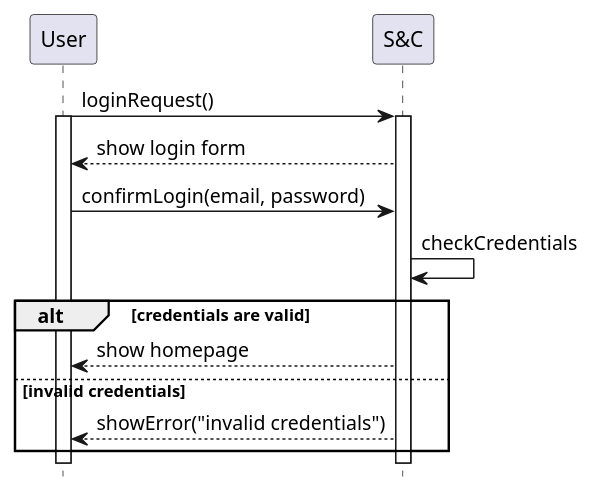
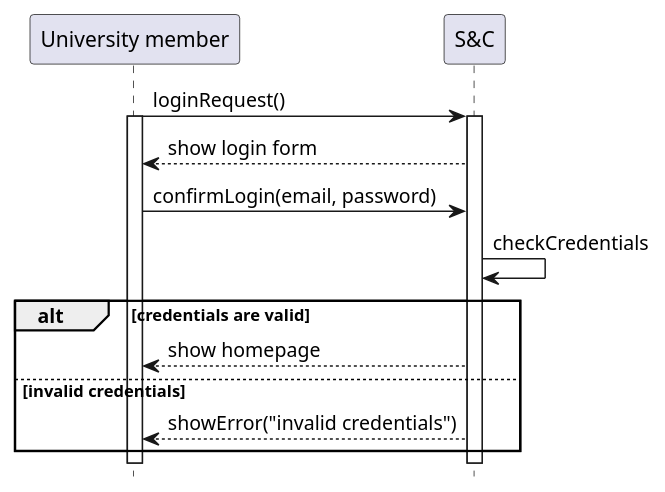
One commit to matti8702/R_and_DD_project_SE2 changed the diagram in RASD/Specific_requirements/uml_diagrams/UC4_diagram.puml. Above: the diagram before and after it, drawn with PlantUML. The commit also changed 32 other files, not shown here.

```diff
--- a/RASD/Specific_requirements/uml_diagrams/UC4_diagram.puml
+++ b/RASD/Specific_requirements/uml_diagrams/UC4_diagram.puml
@@ -1,19 +1,19 @@
 @startuml UC4_diagram
 hide footbox
 
-participant User as U
+participant "University member" as UM
 participant "S&C" AS S
 
-U -> S: loginRequest()
+UM -> S: loginRequest()
 activate S
-activate U
-S --> U: show login form
-U -> S: confirmLogin(email, password)
+activate UM
+S --> UM: show login form
+UM -> S: confirmLogin(email, password)
 
 S -> S: checkCredentials
 alt credentials are valid
-    S --> U: show homepage
+    S --> UM: show homepage
 else invalid credentials
-    S --> U: showError("invalid credentials")
+    S --> UM: showError("invalid credentials")
 end
 @enduml
```
